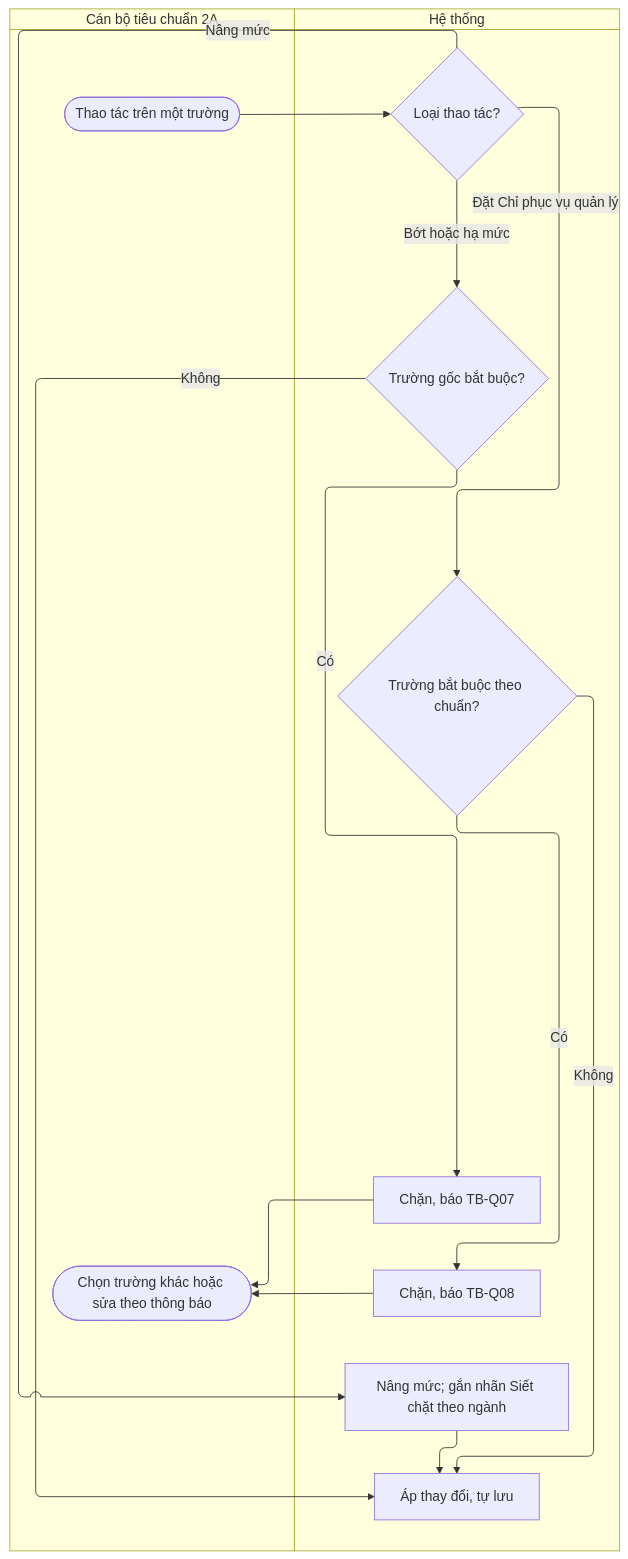
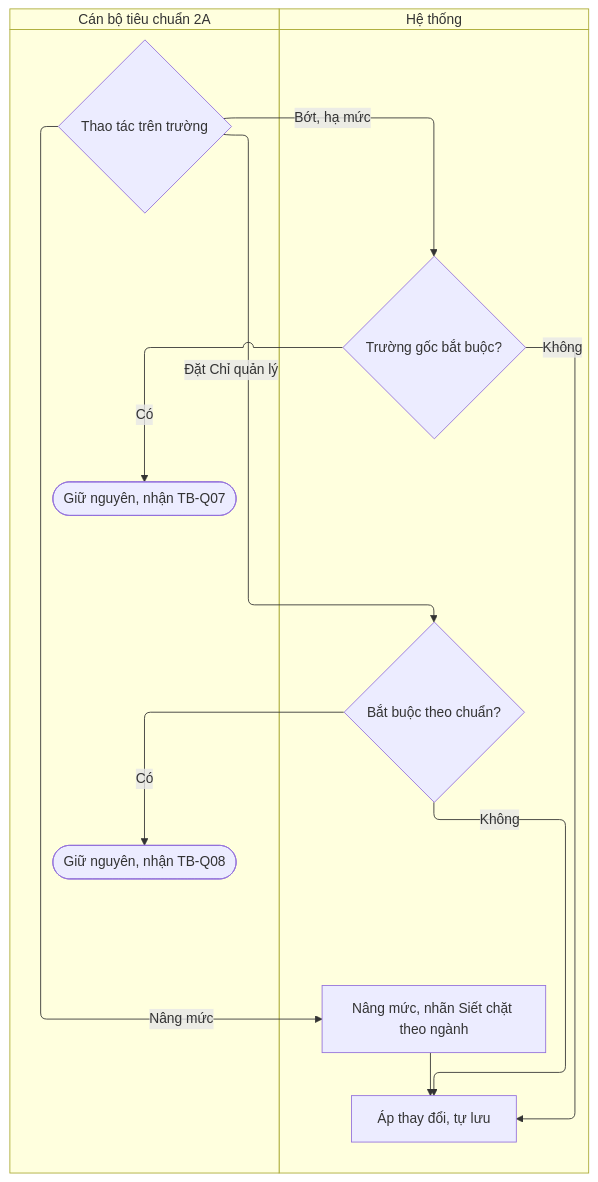
Before and after one commit to cuongnh-rd/ndatrace-attp: the second of 2 diagrams in docs/prd/quy-trinh-tieu-chuan-txng/7.3-cau-hinh-truong-thong-tin.md, drawn with Mermaid. The commit also changed other lines of this file and 9 other files, not shown here.

First line of the commit message:
docs(prd): vẽ lại swimlane Quy trình tiêu chuẩn TXNG, phạm vi trùng ngành theo cơ quan cấp 2, sửa tham chiếu luồng

````diff
--- a/docs/prd/quy-trinh-tieu-chuan-txng/7.3-cau-hinh-truong-thong-tin.md
+++ b/docs/prd/quy-trinh-tieu-chuan-txng/7.3-cau-hinh-truong-thong-tin.md
@@ -90,27 +88,22 @@
 ```mermaid
 swimlane-beta TB
   subgraph CB["Cán bộ tiêu chuẩn 2A"]
-    s(["Thao tác trên một trường"])
-    c1(["Chọn trường khác hoặc sửa theo thông báo"])
+    s{"Thao tác trên trường"}
+    c1(["Giữ nguyên, nhận TB-Q07"])
+    c2(["Giữ nguyên, nhận TB-Q08"])
   end
   subgraph HT["Hệ thống"]
-    d1{"Loại thao tác?"}
-    d2{"Trường gốc bắt buộc?"}
-    h1["Chặn, báo TB-Q07"]
-    d3{"Trường bắt buộc theo chuẩn?"}
-    h2["Chặn, báo TB-Q08"]
-    h3["Nâng mức; gắn nhãn Siết chặt theo ngành"]
+    d1{"Trường gốc bắt buộc?"}
+    d2{"Bắt buộc theo chuẩn?"}
+    h3["Nâng mức, nhãn Siết chặt theo ngành"]
     h4["Áp thay đổi, tự lưu"]
   end
-  s --> d1
-  d1 -->|Bớt hoặc hạ mức| d2
-  d2 -->|Có| h1
+  s -->|Bớt, hạ mức| d1
+  s -->|Đặt Chỉ quản lý| d2
+  s -->|Nâng mức| h3
+  d1 -->|Có| c1
+  d1 -->|Không| h4
+  d2 -->|Có| c2
   d2 -->|Không| h4
-  d1 -->|Đặt Chỉ phục vụ quản lý| d3
-  d3 -->|Có| h2
-  d3 -->|Không| h4
-  d1 -->|Nâng mức| h3
   h3 --> h4
-  h1 --> c1
-  h2 --> c1
 ```
````
